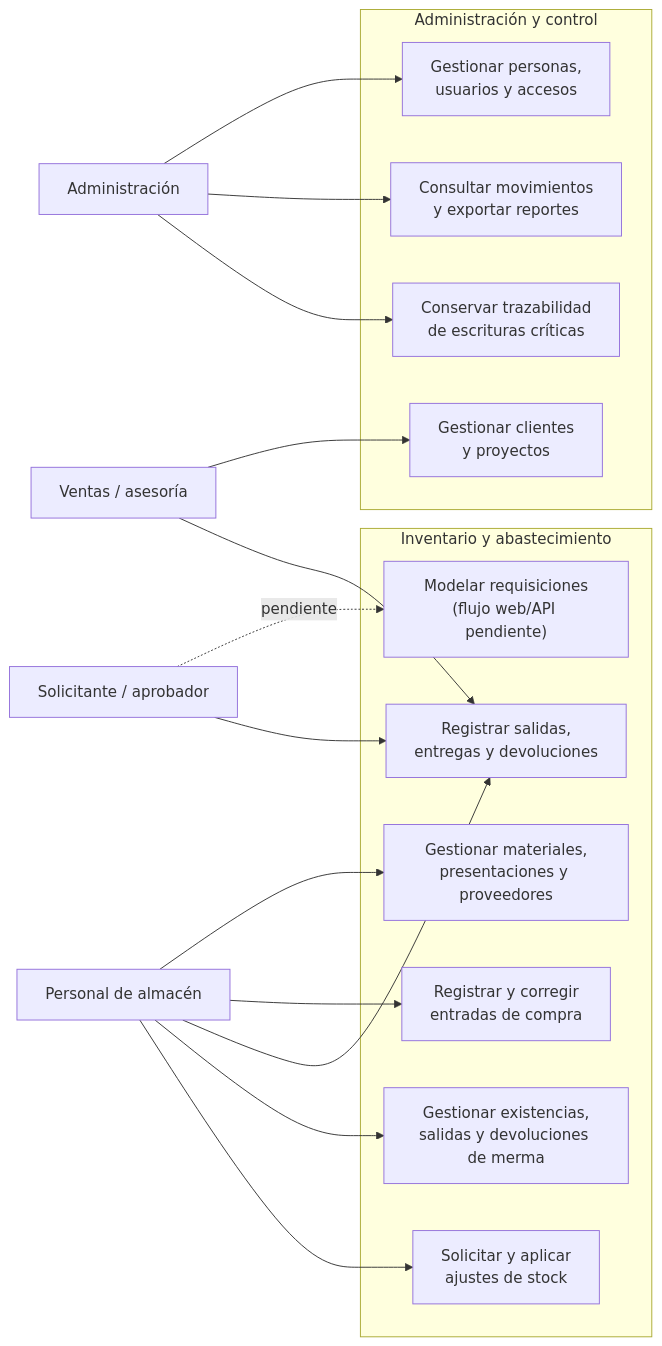
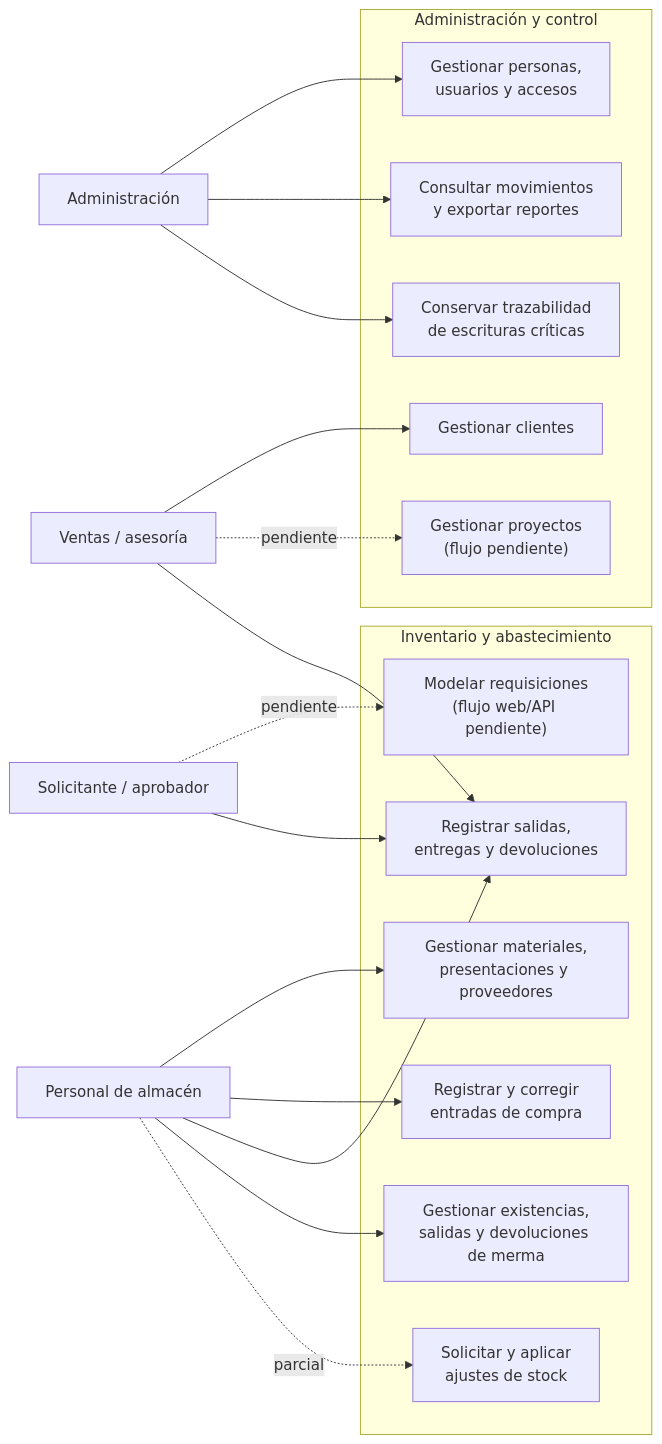
The first of 4 diagrams in docs/requirements-diagrams.md (gpgsistemas01/nexus), drawn with Mermaid before and after one commit. The commit also changed other lines of this file and 15 other files, not shown here.

````diff
--- a/docs/requirements-diagrams.md
+++ b/docs/requirements-diagrams.md
@@ -13,33 +20,35 @@
 ```mermaid
 flowchart LR
     warehouse["Personal de almacén"]
     sales["Ventas / asesoría"]
     admin["Administración"]
     approver["Solicitante / aprobador"]
     subgraph inventory["Inventario y abastecimiento"]
         catalogs["Gestionar materiales,<br/>presentaciones y proveedores"]
         requisitions["Modelar requisiciones<br/>(flujo web/API pendiente)"]
         receipts["Registrar y corregir<br/>entradas de compra"]
         issues["Registrar salidas,<br/>entregas y devoluciones"]
         wastes["Gestionar existencias,<br/>salidas y devoluciones de merma"]
         adjustments["Solicitar y aplicar<br/>ajustes de stock"]
     end
     subgraph governance["Administración y control"]
         people["Gestionar personas,<br/>usuarios y accesos"]
-        clients["Gestionar clientes<br/>y proyectos"]
+        clients["Gestionar clientes"]
+        projects["Gestionar proyectos<br/>(flujo pendiente)"]
         reports["Consultar movimientos<br/>y exportar reportes"]
         audit["Conservar trazabilidad<br/>de escrituras críticas"]
     end
     warehouse --> catalogs
     warehouse --> receipts
     warehouse --> issues
     warehouse --> wastes
-    warehouse --> adjustments
+    warehouse -.->|"parcial"| adjustments
     approver -.->|"pendiente"| requisitions
     approver --> issues
     sales --> clients
+    sales -.->|"pendiente"| projects
     sales --> issues
     admin --> people
     admin --> reports
     admin --> audit
 ```
````
